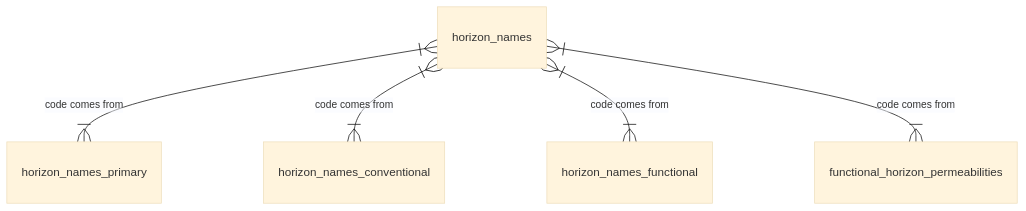
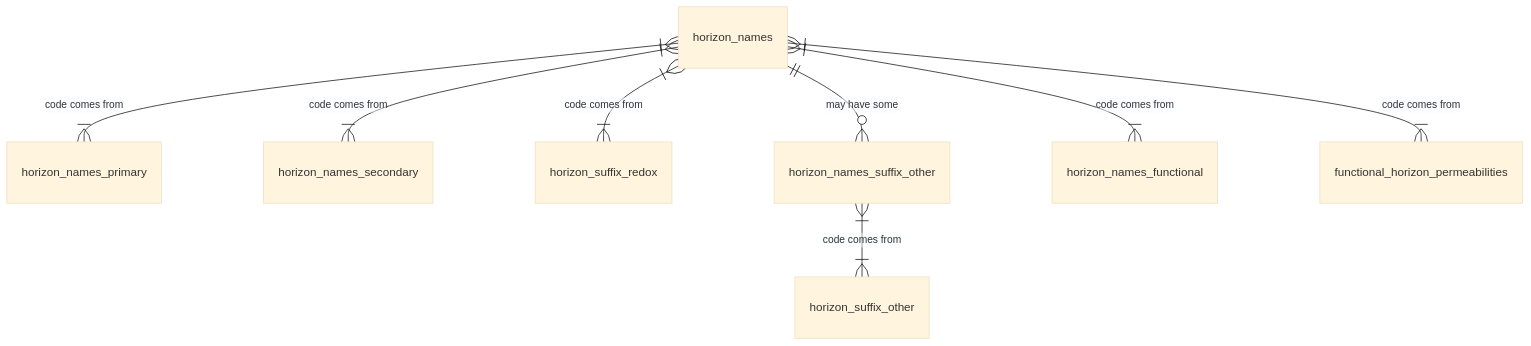
One commit to manaakiwhenua/NZ_soildesc_2024 changed diagram 24 of 25 in ap_03_database_design.qmd. Above: the diagram before and after it, drawn with Mermaid (base theme). The commit also changed other lines of this file, not shown here.

````diff
--- a/ap_03_database_design.qmd
+++ b/ap_03_database_design.qmd
@@ -1790,11 +1817,14 @@
 ```{mermaid}
 %%| fig-cap: "Horizon names - Overview"
 
 %%{ init: { 'er': { 'layoutDirection': 'LR' } } }%%
 erDiagram
   horizon_names }|--|{ horizon_names_primary : "code comes from"
-  horizon_names }|--|{ horizon_names_conventional : "code comes from"
+  horizon_names }|--|{ horizon_names_secondary : "code comes from"
+  horizon_names }|--|{ horizon_suffix_redox : "code comes from"
+  horizon_names ||--o{ horizon_names_suffix_other : "may have some"
+  horizon_names_suffix_other }|--|{ horizon_suffix_other : "code comes from"
   horizon_names }|--|{ horizon_names_functional : "code comes from"
   horizon_names }|--|{ functional_horizon_permeabilities : "code comes from"
 
 ```
````
